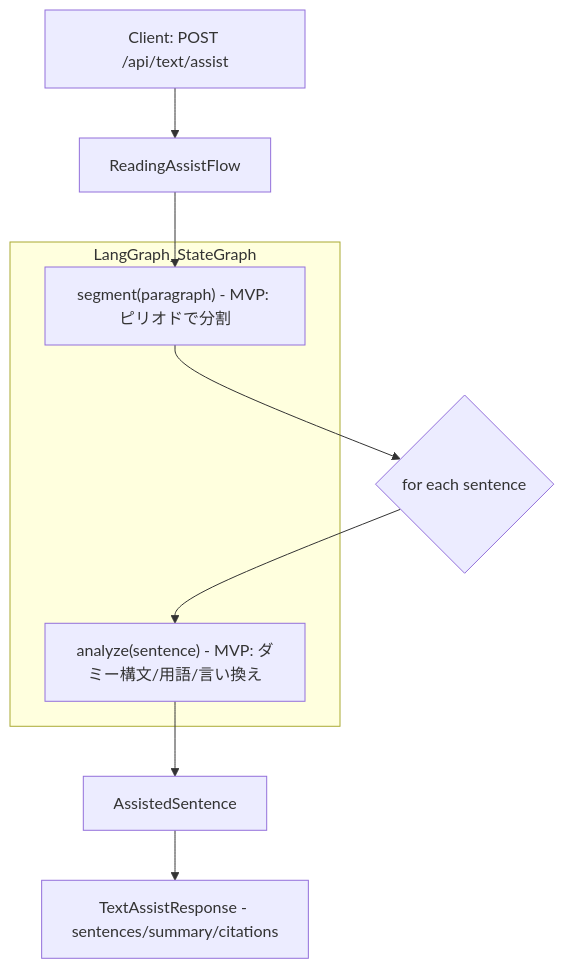
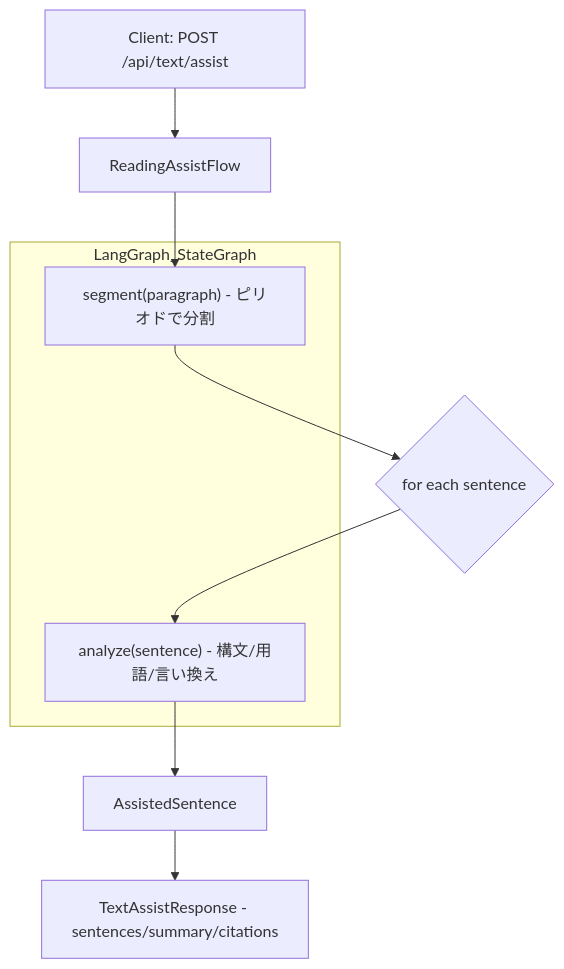
Before and after one commit to RiSEblackbird/wordpack-for-english: the second of 3 diagrams in README.md, drawn with Mermaid. The commit also changed other lines of this file and 2 other files, not shown here.

````diff
--- a/README.md
+++ b/README.md
@@ -277,14 +277,14 @@
 ```mermaid
 graph TD
     A[Client: POST /api/text/assist] --> B[ReadingAssistFlow];
-    B --> C["segment(paragraph) - MVP: ピリオドで分割"];
+    B --> C["segment(paragraph) - ピリオドで分割"];
     C --> D{for each sentence};
-    D --> E["analyze(sentence) - MVP: ダミー構文/用語/言い換え"];
+    D --> E["analyze(sentence) - 構文/用語/言い換え"];
     E --> F[AssistedSentence];
     F --> G["TextAssistResponse - sentences/summary/citations"];
 
     subgraph LangGraph_StateGraph
         C
         E
     end
 ```
````
